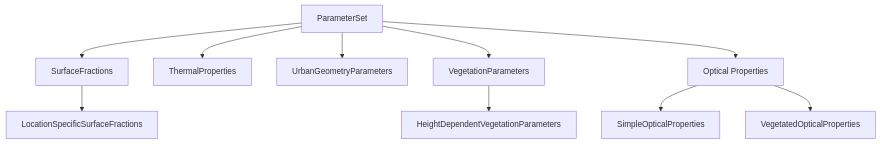
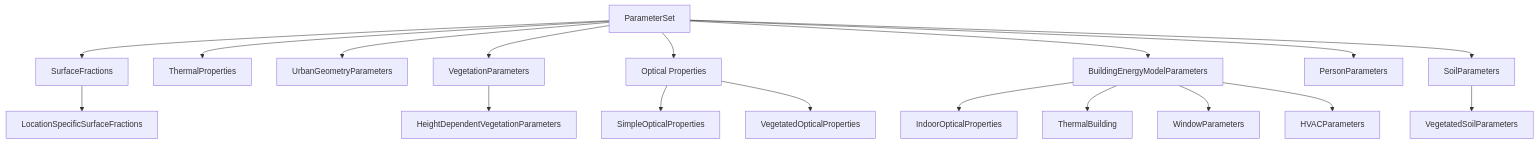
The diagram in docs/src/01-modelcomponents.md (EPFL-ENAC/UrbanTethysChloris.jl), drawn with Mermaid before and after one commit. The commit also changed 1 other file, not shown here.

Commit message:
docs: update documented types and Mermaid chart

````diff
--- a/docs/src/01-modelcomponents.md
+++ b/docs/src/01-modelcomponents.md
@@ -5,9 +5,17 @@
 ```mermaid
 graph TD
   A[ParameterSet] --> B[SurfaceFractions] --> F[LocationSpecificSurfaceFractions]
   A --> C[ThermalProperties]
   A --> D[UrbanGeometryParameters]
   A --> E[VegetationParameters] --> G[HeightDependentVegetationParameters]
   A --> H[Optical Properties] --> I[SimpleOpticalProperties]
   H --> J[VegetatedOpticalProperties]
+  A --> K[BuildingEnergyModelParameters]
+  K --> L[IndoorOpticalProperties]
+  K --> M[ThermalBuilding]
+  K --> N[WindowParameters]
+  K --> O[HVACParameters]
+  A --> P[PersonParameters]
+  A --> Q[SoilParameters]
+  Q --> R[VegetatedSoilParameters]
 ```
````
